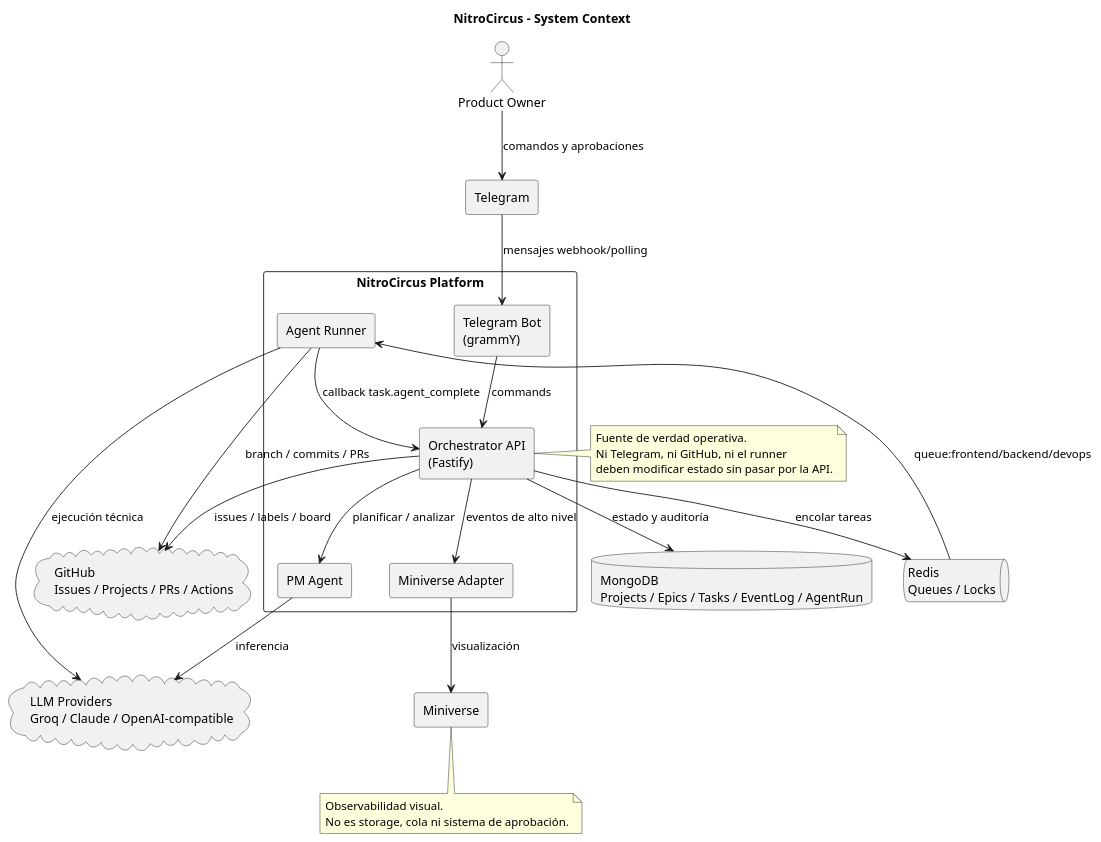
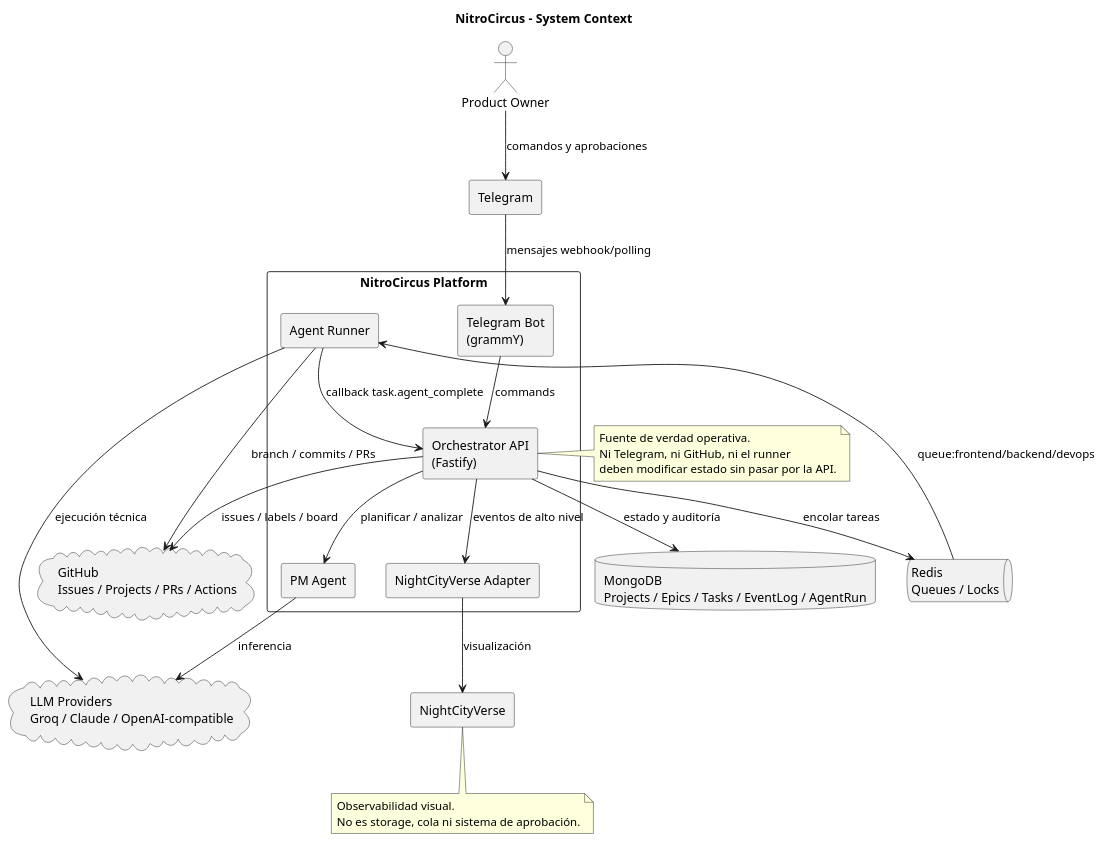
Before and after one commit to eruizpy/nitrocircus: the diagram in docs/plantuml/00_system_context.puml, drawn with PlantUML. The commit also changed other lines of this file and 30 other files, not shown here.

```diff
--- a/docs/plantuml/00_system_context.puml
+++ b/docs/plantuml/00_system_context.puml
@@ -1,51 +1,51 @@
 @startuml
 title NitroCircus - System Context
 
 skinparam backgroundColor white
 skinparam packageStyle rectangle
 skinparam shadowing false
 
 actor "Product Owner" as PO
 rectangle "Telegram" as TG
 
 package "NitroCircus Platform" {
   rectangle "Telegram Bot\n(grammY)" as BOT
   rectangle "Orchestrator API\n(Fastify)" as API
   rectangle "PM Agent" as PM
   rectangle "Agent Runner" as RUNNER
-  rectangle "Miniverse Adapter" as MVAD
+  rectangle "NightCityVerse Adapter" as MVAD
 }
 
 cloud "GitHub\nIssues / Projects / PRs / Actions" as GH
 database "MongoDB\nProjects / Epics / Tasks / EventLog / AgentRun" as MONGO
 queue "Redis\nQueues / Locks" as REDIS
-rectangle "Miniverse" as MINIVERSE
+rectangle "NightCityVerse" as MINIVERSE
 cloud "LLM Providers\nGroq / Claude / OpenAI-compatible" as LLM
 
 PO --> TG : comandos y aprobaciones
 TG --> BOT : mensajes webhook/polling
 BOT --> API : commands
 API --> PM : planificar / analizar
 PM --> LLM : inferencia
 API --> MONGO : estado y auditoría
 API --> REDIS : encolar tareas
 API --> GH : issues / labels / board
 REDIS --> RUNNER : queue:frontend/backend/devops
 RUNNER --> LLM : ejecución técnica
 RUNNER --> API : callback task.agent_complete
 RUNNER --> GH : branch / commits / PRs
 API --> MVAD : eventos de alto nivel
 MVAD --> MINIVERSE : visualización
 
 note right of API
 Fuente de verdad operativa.
 Ni Telegram, ni GitHub, ni el runner
 deben modificar estado sin pasar por la API.
 end note
 
 note bottom of MINIVERSE
 Observabilidad visual.
 No es storage, cola ni sistema de aprobación.
 end note
 
 @enduml
```
